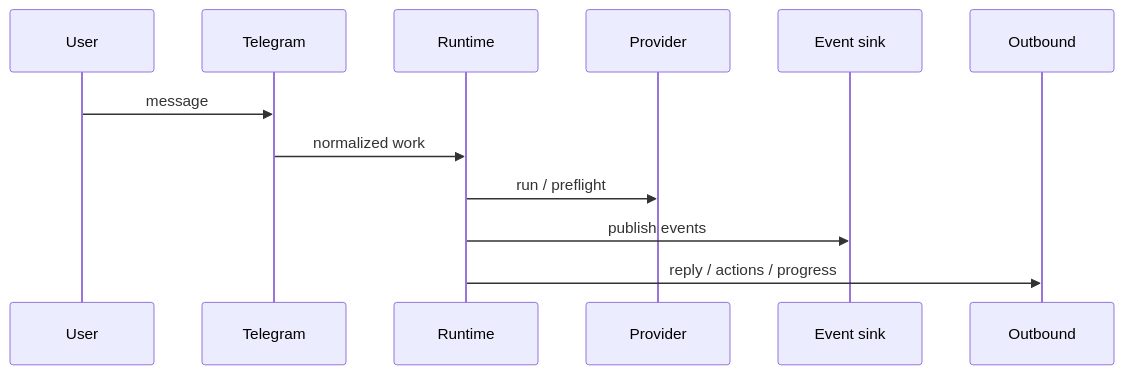
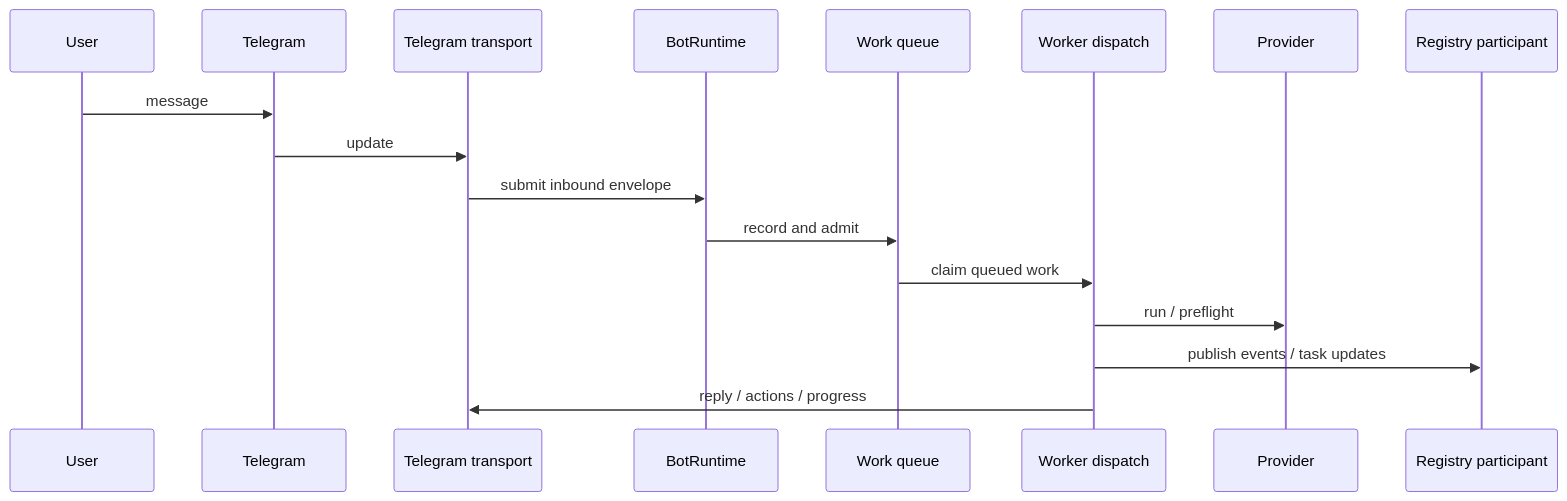
The fifth of 7 diagrams in ARCHITECTURE.md (privacynow/octopus), drawn with Mermaid before and after one commit. The commit also changed other lines of this file, not shown here.

````diff
--- a/ARCHITECTURE.md
+++ b/ARCHITECTURE.md
@@ -495,15 +525,20 @@
 ```mermaid
 sequenceDiagram
     participant U as User
     participant T as Telegram
-    participant X as Runtime
+    participant TT as Telegram transport
+    participant BR as BotRuntime
+    participant WQ as Work queue
+    participant WD as Worker dispatch
     participant P as Provider
-    participant S as Event sink
-    participant O as Outbound
+    participant RP as Registry participant
 
     U->>T: message
-    T->>X: normalized work
-    X->>P: run / preflight
-    X->>S: publish events
-    X->>O: reply / actions / progress
+    T->>TT: update
+    TT->>BR: submit inbound envelope
+    BR->>WQ: record and admit
+    WQ->>WD: claim queued work
+    WD->>P: run / preflight
+    WD->>RP: publish events / task updates
+    WD->>TT: reply / actions / progress
 ```
````
